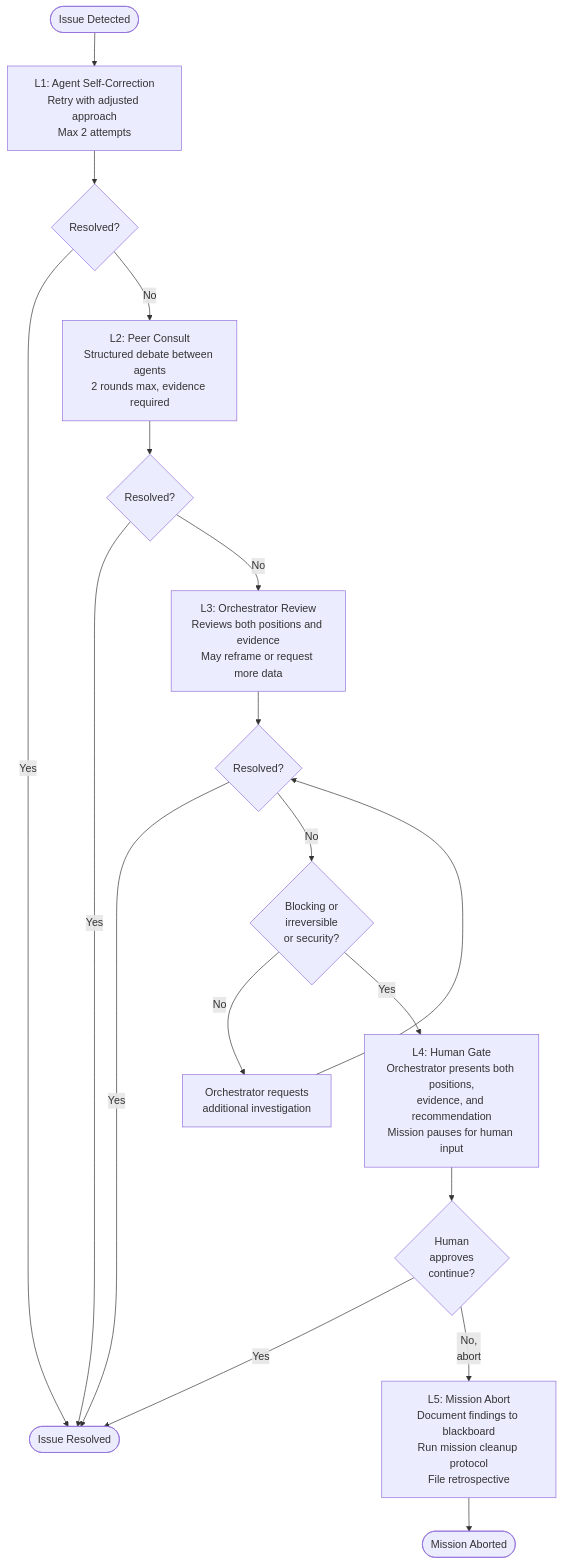
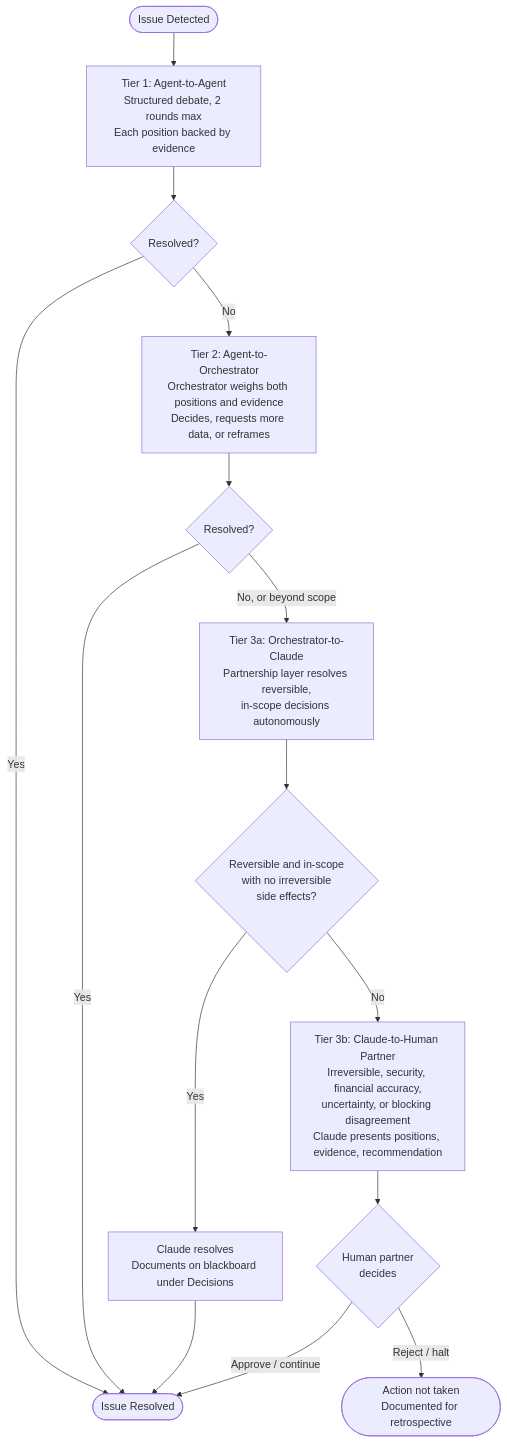
One commit to hanuele/hive changed the diagram in docs/diagrams/failure-escalation.md. Above: the diagram before and after it, drawn with Mermaid. The commit also changed other lines of this file and 15 other files, not shown here.

````diff
--- a/docs/diagrams/failure-escalation.md
+++ b/docs/diagrams/failure-escalation.md
@@ -5,30 +5,25 @@
 ```mermaid
 flowchart TD
-    START([Issue Detected]) --> L1
+    START([Issue Detected]) --> T1
 
-    L1[L1: Agent Self-Correction\nRetry with adjusted approach\nMax 2 attempts]
-    L1 --> D1{Resolved?}
+    T1[Tier 1: Agent-to-Agent<br/>Structured debate, 2 rounds max<br/>Each position backed by evidence]
+    T1 --> D1{Resolved?}
     D1 -- Yes --> DONE([Issue Resolved])
-    D1 -- No --> L2
+    D1 -- No --> T2
 
-    L2[L2: Peer Consult\nStructured debate between agents\n2 rounds max, evidence required]
-    L2 --> D2{Resolved?}
+    T2[Tier 2: Agent-to-Orchestrator<br/>Orchestrator weighs both positions and evidence<br/>Decides, requests more data, or reframes]
+    T2 --> D2{Resolved?}
     D2 -- Yes --> DONE
-    D2 -- No --> L3
+    D2 -- No, or beyond scope --> T3A
 
-    L3[L3: Orchestrator Review\nReviews both positions and evidence\nMay reframe or request more data]
-    L3 --> D3{Resolved?}
-    D3 -- Yes --> DONE
-    D3 -- No --> D3B{Blocking or\nirreversible\nor security?}
-    D3B -- No --> L3_retry[Orchestrator requests\nadditional investigation]
-    L3_retry --> D3
-    D3B -- Yes --> L4
+    T3A[Tier 3a: Orchestrator-to-Claude<br/>Partnership layer resolves reversible,<br/>in-scope decisions autonomously]
+    T3A --> D3A{Reversible and in-scope<br/>with no irreversible<br/>side effects?}
+    D3A -- Yes --> RES3A[Claude resolves<br/>Documents on blackboard under Decisions]
+    RES3A --> DONE
+    D3A -- No --> T3B
 
-    L4[L4: Human Gate\nOrchestrator presents both positions,\nevidence, and recommendation\nMission pauses for human input]
-    L4 --> D4{Human\napproves\ncontinue?}
-    D4 -- Yes --> DONE
-    D4 -- No,\nabort --> L5
-
-    L5[L5: Mission Abort\nDocument findings to blackboard\nRun mission cleanup protocol\nFile retrospective]
-    L5 --> ABORT([Mission Aborted])
+    T3B[Tier 3b: Claude-to-Human Partner<br/>Irreversible, security, financial accuracy,<br/>uncertainty, or blocking disagreement<br/>Claude presents positions, evidence, recommendation]
+    T3B --> D3B{Human partner<br/>decides}
+    D3B -- Approve / continue --> DONE
+    D3B -- Reject / halt --> HALT([Action not taken<br/>Documented for retrospective])
 ```
````
